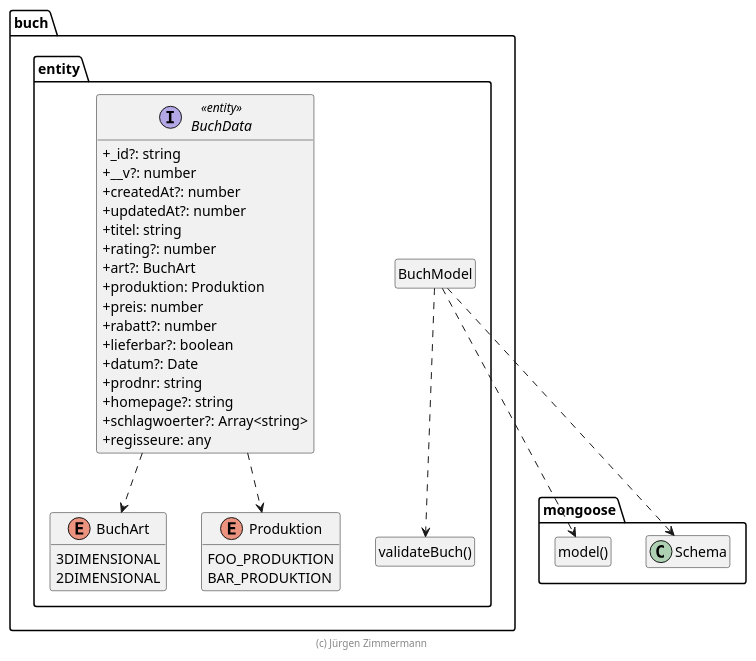
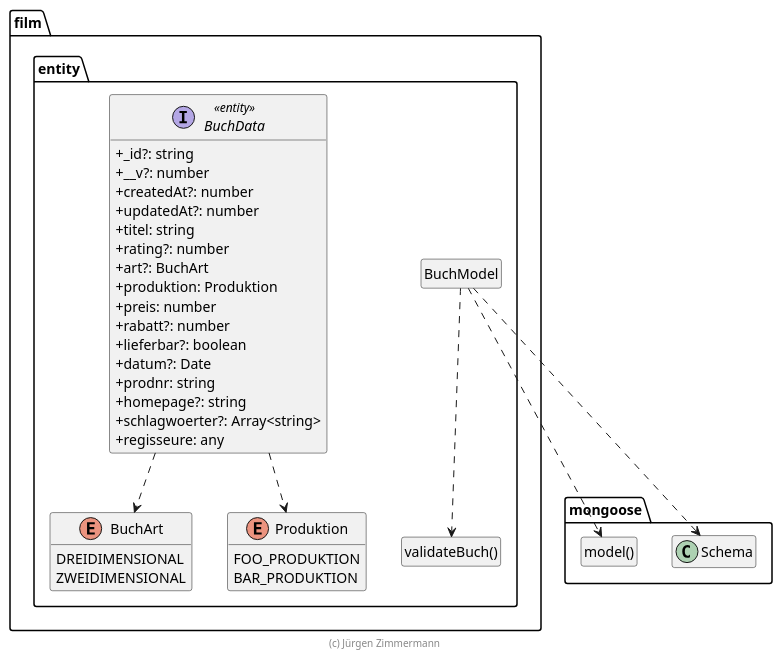
The diagram in doc/entwicklerhandbuch/Film.puml (marcelmaerdian/SWE_WS2020), drawn with PlantUML before and after one commit. The commit also changed 51 other files, not shown here.

```diff
--- a/doc/entwicklerhandbuch/Film.puml
+++ b/doc/entwicklerhandbuch/Film.puml
@@ -15,62 +15,62 @@
 @startuml Anwendungskern
 
 !pragma useNewPackage
 skinparam classAttributeIconSize 0
 skinparam componentStyle uml2
 
 package mongoose {
   class Schema
 
   class "model()" as model
   hide model circle
 }
 
-package buch.entity {
+package film.entity {
   class "validateBuch()" as validateBuch
   hide validateBuch circle
 
   class BuchModel
   hide BuchModel circle
 
   BuchModel ..> Schema
   BuchModel ..> model
   BuchModel ..> validateBuch
 
   BuchData ..> BuchArt
   BuchData ..> Produktion
 
   enum BuchArt {
-    3DIMENSIONAL
-    2DIMENSIONAL
+    DREIDIMENSIONAL
+    ZWEIDIMENSIONAL
   }
 
   enum Produktion {
     FOO_PRODUKTION
     BAR_PRODUKTION
   }
 
   interface BuchData <<entity>> {
     + _id?: string
     + __v?: number
     + createdAt?: number
     + updatedAt?: number
     + titel: string
     + rating?: number
     + art?: BuchArt
     + produktion: Produktion
     + preis: number
     + rabatt?: number
     + lieferbar?: boolean
     + datum?: Date
     + prodnr: string
     + homepage?: string
     + schlagwoerter?: Array<string>
     + regisseure: any
   }
 }
 
 hide empty members
 
 footer (c) Jürgen Zimmermann
 
 @enduml
```
